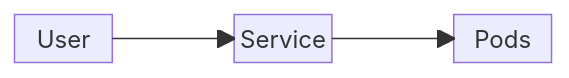
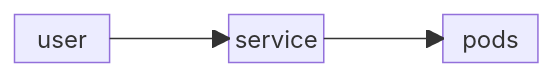
Before and after one commit to P-Y-R-O-B-O-T/KUBERNETES: the first of 2 diagrams in README.md, drawn with Mermaid. The commit also changed other lines of this file, not shown here.

````diff
--- a/README.md
+++ b/README.md
@@ -258,6 +258,6 @@
 ```mermaid
 block-beta
-  User space Service space Pods
-  User-->Service
-  Service-->Pods
+  user space service space pods
+  user-->service
+  service-->pods
 ```
````
